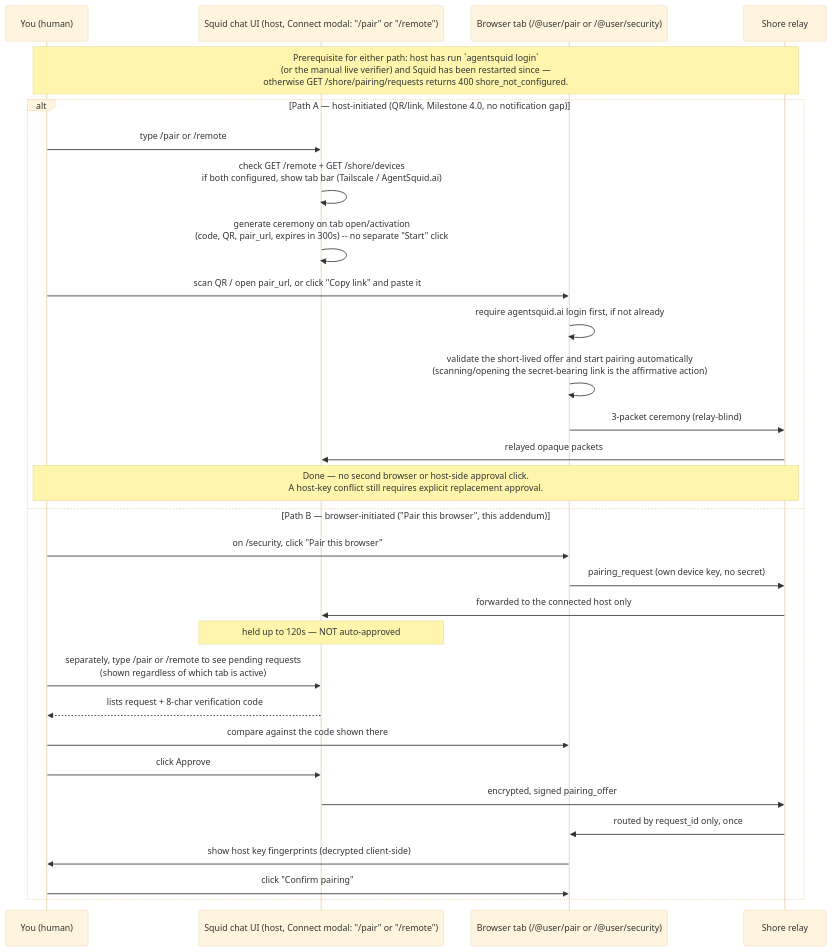
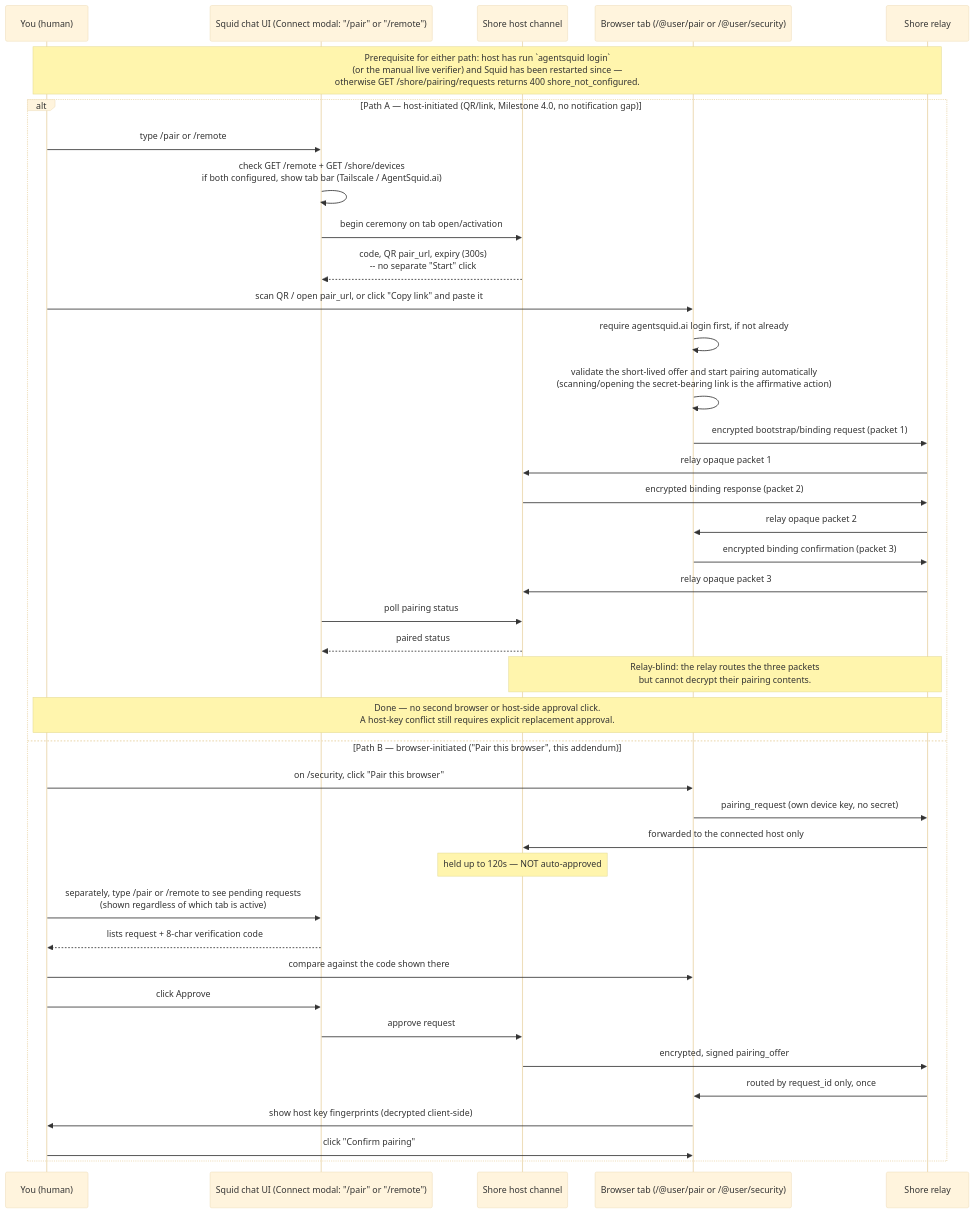
The first of 2 diagrams in docs/plans/adr-0039-implementation-log.md (agent-squid/squid), drawn with Mermaid (base theme) before and after one commit.

Commit message:
docs(adr-0039): refine pairing ceremony sequence diagram
Clarify Path A/B message flow: rename Host participant to Shore host
channel, route UI<->Host ceremony exchange through the UI participant,
and spell out the 3-packet relay-blind bootstrap/binding exchange.

````diff
--- a/docs/plans/adr-0039-implementation-log.md
+++ b/docs/plans/adr-0039-implementation-log.md
@@ -429,34 +429,44 @@
 ```mermaid
 sequenceDiagram
     participant You as You (human)
-    participant Host as Squid chat UI (host, Connect modal: "/pair" or "/remote")
+    participant UI as Squid chat UI (Connect modal: "/pair" or "/remote")
+    participant Host as Shore host channel
     participant Browser as Browser tab (/@user/pair or /@user/security)
     participant Relay as Shore relay
 
     Note over You,Relay: Prerequisite for either path: host has run `agentsquid login`<br/>(or the manual live verifier) and Squid has been restarted since —<br/>otherwise GET /shore/pairing/requests returns 400 shore_not_configured.
 
     alt Path A — host-initiated (QR/link, Milestone 4.0, no notification gap)
-        You->>Host: type /pair or /remote
-        Host->>Host: check GET /remote + GET /shore/devices<br/>if both configured, show tab bar (Tailscale / AgentSquid.ai)
-        Host->>Host: generate ceremony on tab open/activation<br/>(code, QR, pair_url, expires in 300s) -- no separate "Start" click
+        You->>UI: type /pair or /remote
+        UI->>UI: check GET /remote + GET /shore/devices<br/>if both configured, show tab bar (Tailscale / AgentSquid.ai)
+        UI->>Host: begin ceremony on tab open/activation
+        Host-->>UI: code, QR pair_url, expiry (300s)<br/>-- no separate "Start" click
         You->>Browser: scan QR / open pair_url, or click "Copy link" and paste it
         Browser->>Browser: require agentsquid.ai login first, if not already
         Browser->>Browser: validate the short-lived offer and start pairing automatically<br/>(scanning/opening the secret-bearing link is the affirmative action)
-        Browser->>Relay: 3-packet ceremony (relay-blind)
-        Relay->>Host: relayed opaque packets
+        Browser->>Relay: encrypted bootstrap/binding request (packet 1)
+        Relay->>Host: relay opaque packet 1
+        Host->>Relay: encrypted binding response (packet 2)
+        Relay->>Browser: relay opaque packet 2
+        Browser->>Relay: encrypted binding confirmation (packet 3)
+        Relay->>Host: relay opaque packet 3
+        UI->>Host: poll pairing status
+        Host-->>UI: paired status
+        Note over Host,Relay: Relay-blind: the relay routes the three packets<br/>but cannot decrypt their pairing contents.
         Note over You,Relay: Done — no second browser or host-side approval click.<br/>A host-key conflict still requires explicit replacement approval.
     else Path B — browser-initiated ("Pair this browser", this addendum)
         You->>Browser: on /security, click "Pair this browser"
         Browser->>Relay: pairing_request (own device key, no secret)
         Relay->>Host: forwarded to the connected host only
         Note over Host: held up to 120s — NOT auto-approved
-        You->>Host: separately, type /pair or /remote to see pending requests<br/>(shown regardless of which tab is active)
-        Host-->>You: lists request + 8-char verification code
+        You->>UI: separately, type /pair or /remote to see pending requests<br/>(shown regardless of which tab is active)
+        UI-->>You: lists request + 8-char verification code
         You->>Browser: compare against the code shown there
-        You->>Host: click Approve
+        You->>UI: click Approve
+        UI->>Host: approve request
         Host->>Relay: encrypted, signed pairing_offer
         Relay->>Browser: routed by request_id only, once
         Browser->>You: show host key fingerprints (decrypted client-side)
         You->>Browser: click "Confirm pairing"
     end
 ```
````
